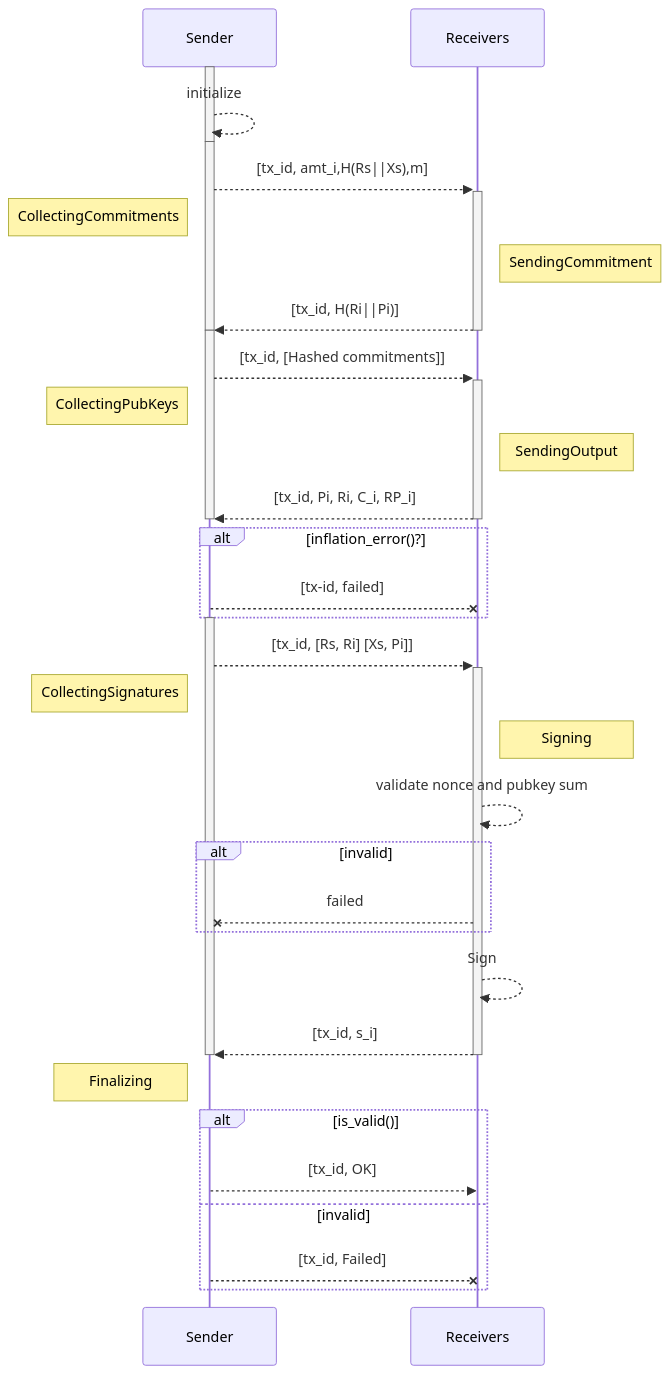
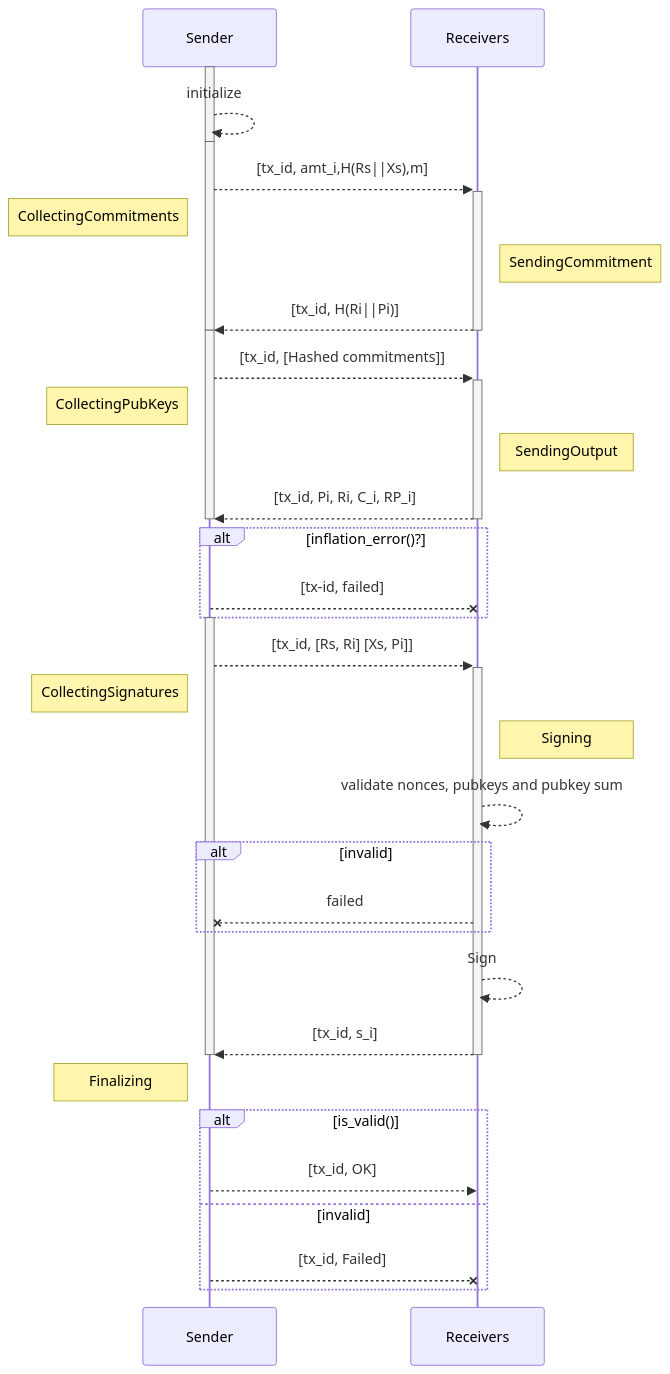
One commit to tari-project/tari changed the diagram in RFC/src/RFC-0151_TransactionProtocol.md. Above: the diagram before and after it, drawn with Mermaid. The commit also changed other lines of this file, not shown here.

```diff
--- a/RFC/src/RFC-0151_TransactionProtocol.md
+++ b/RFC/src/RFC-0151_TransactionProtocol.md
@@ -115,45 +115,45 @@
 <div class="mermaid">
 sequenceDiagram
     participant Sender
     participant Receivers
 # Sender Initializes the transaction
     activate Sender
         Sender-->>Sender: initialize
     deactivate Sender
 # Sender transmits initial data to all receivers
     activate Sender
         Sender-->>+Receivers: [tx_id, amt_i,H(Rs||Xs),m]
         note left of Sender: CollectingCommitments
         note right of Receivers: SendingCommitment
         Receivers-->>-Sender: [tx_id, H(Ri||Pi)]
      deactivate Sender
 # Receiving Outputs
      activate Sender
         Sender-->>+Receivers: [tx_id, [Hashed commitments]]
         note left of Sender: CollectingPubKeys
         note right of Receivers: SendingOutput
         Receivers-->>-Sender: [tx_id, Pi, Ri, C_i, RP_i]
     deactivate Sender
     alt inflation_error()?
         Sender--XReceivers: [tx-id, failed]
     end
 # Signature collection
     activate Sender
         Sender-->>+Receivers: [tx_id, [Rs, Ri] [Xs, Pi]]
         note left of Sender: CollectingSignatures
         note right of Receivers: Signing
-        Receivers-->>Receivers: validate nonce and pubkey sum
+        Receivers-->>Receivers: validate nonces, pubkeys and pubkey sum
         alt invalid
            Receivers--XSender: failed
         end
         Receivers-->>Receivers: Sign
         Receivers-->>-Sender: [tx_id, s_i]
     deactivate Sender
 # Sender sends final notification of result
     note left of Sender: Finalizing
     alt is_valid()
       Sender-->>Receivers: [tx_id, OK]
     else invalid
       Sender--XReceivers: [tx_id, Failed]
     end
 </div>
```
